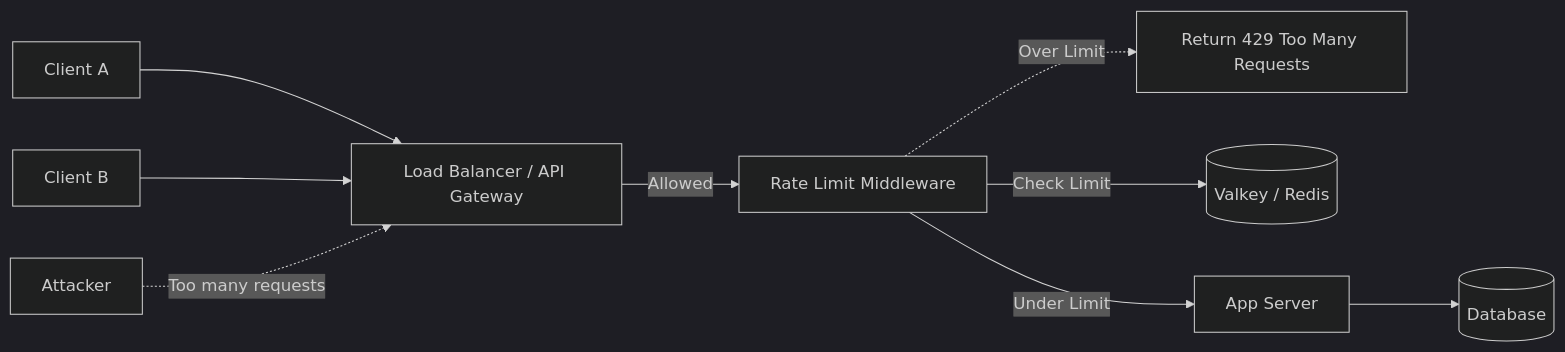
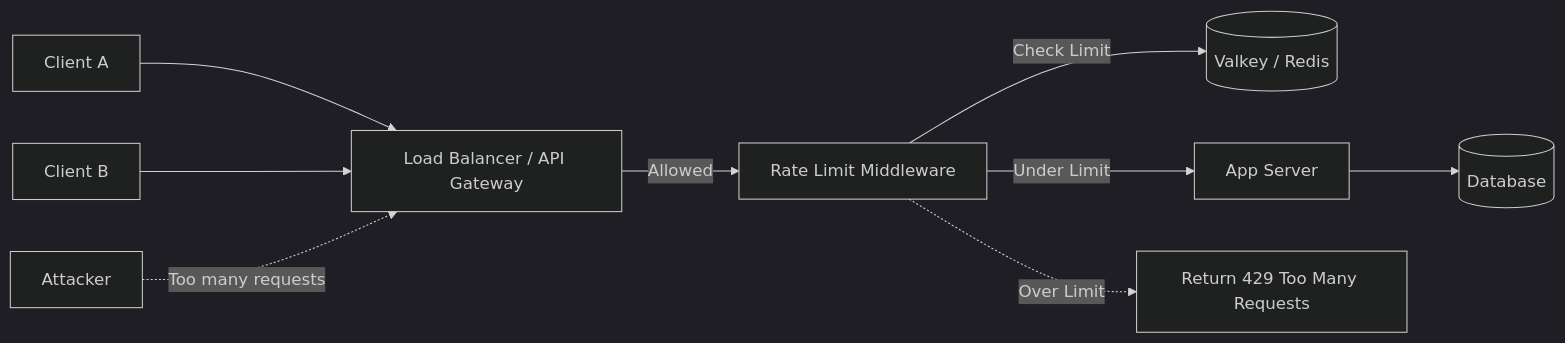
The diagram in docs/index.md (arjunraghurama/user-rate-limit), drawn with Mermaid (dark theme) before and after one commit. The commit also changed 1 other file, not shown here.

````diff
--- a/docs/index.md
+++ b/docs/index.md
@@ -20,14 +20,14 @@
 ```mermaid
 graph LR
     Client1[Client A] --> LB[Load Balancer / API Gateway]
     Client2[Client B] --> LB
-    Client3[Attacker] -. Too many requests .-> LB
+    Client3[Attacker] -.->|Too many requests| LB
     
     LB -->|Allowed| RateLimiter[Rate Limit Middleware]
     RateLimiter -->|Check Limit| Cache[(Valkey / Redis)]
     
     RateLimiter -->|Under Limit| AppServer[App Server]
-    RateLimiter -. Over Limit .-> 429[Return 429 Too Many Requests]
+    RateLimiter -.->|Over Limit| Error429[Return 429 Too Many Requests]
     
     AppServer --> DB[(Database)]
 ```
````
